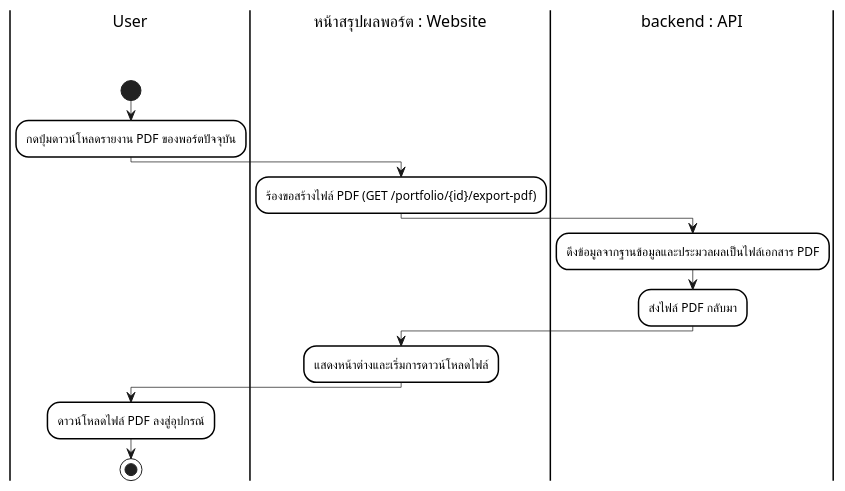
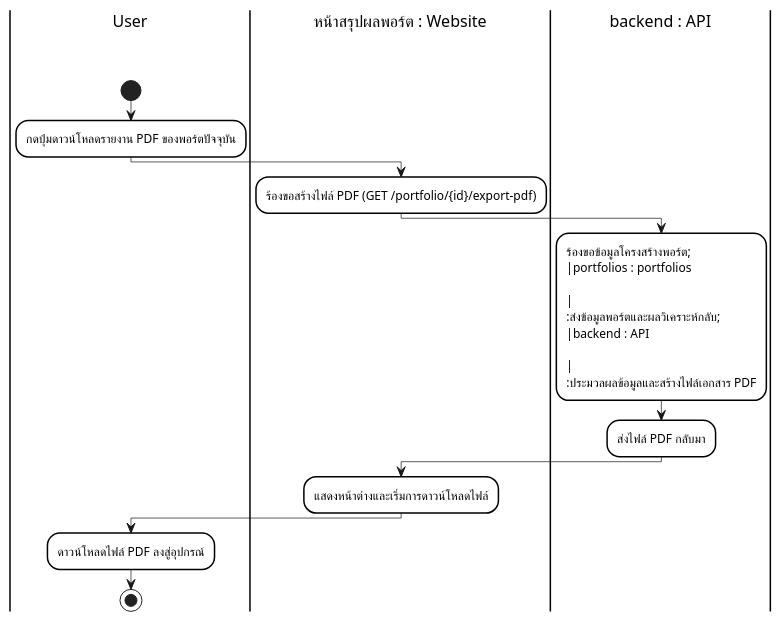
The eighth of 15 diagrams in docs/diagrams/plantuml_source/plantuml_activity_diagrams.md (Anatta-at/my-portfolio-app), drawn with PlantUML before and after one commit. The commit also changed other lines of this file and 20 other files, not shown here.

Commit message:
docs: Update diagrams to use specific DB table swimlanes and participants based on new schema

````diff
--- a/docs/diagrams/plantuml_source/plantuml_activity_diagrams.md
+++ b/docs/diagrams/plantuml_source/plantuml_activity_diagrams.md
@@ -335,35 +335,35 @@
 ```plantuml
 @startuml
 skinparam monochrome true
 skinparam shadowing false
 skinparam backgroundcolor white
 skinparam ranksep 50
 
 skinparam SwimlaneBorderColor black
 skinparam SwimlaneBorderThickness 1.5
 skinparam SwimlaneBackgroundColor white
 skinparam SwimlaneTitleBackgroundColor white
 skinparam SwimlaneTitleFontColor black
 skinparam SwimlaneTitleFontSize 16
 skinparam SwimlaneTitleFontName Arial
 
 skinparam ActivityBackgroundColor white
 skinparam ActivityBorderColor black
 skinparam ActivityBorderThickness 1.5
 skinparam ArrowThickness 0.7
 
 |User\n\n|
 start
 :กดปุ่มดาวน์โหลดรายงาน PDF ของพอร์ตปัจจุบัน;
 |หน้าสรุปผลพอร์ต : Website\n\n|
 :ร้องขอสร้างไฟล์ PDF (GET /portfolio/{id}/export-pdf);
 |backend : API\n\n|
-:ดึงข้อมูลจากฐานข้อมูลและประมวลผลเป็นไฟล์เอกสาร PDF;
+:ร้องขอข้อมูลโครงสร้างพอร์ต;\n|portfolios : portfolios\n\n|\n:ส่งข้อมูลพอร์ตและผลวิเคราะห์กลับ;\n|backend : API\n\n|\n:ประมวลผลข้อมูลและสร้างไฟล์เอกสาร PDF;
 :ส่งไฟล์ PDF กลับมา;
 |หน้าสรุปผลพอร์ต : Website\n\n|
 :แสดงหน้าต่างและเริ่มการดาวน์โหลดไฟล์;
 |User\n\n|
 :ดาวน์โหลดไฟล์ PDF ลงสู่อุปกรณ์;
 stop
 @enduml
 ```
````
